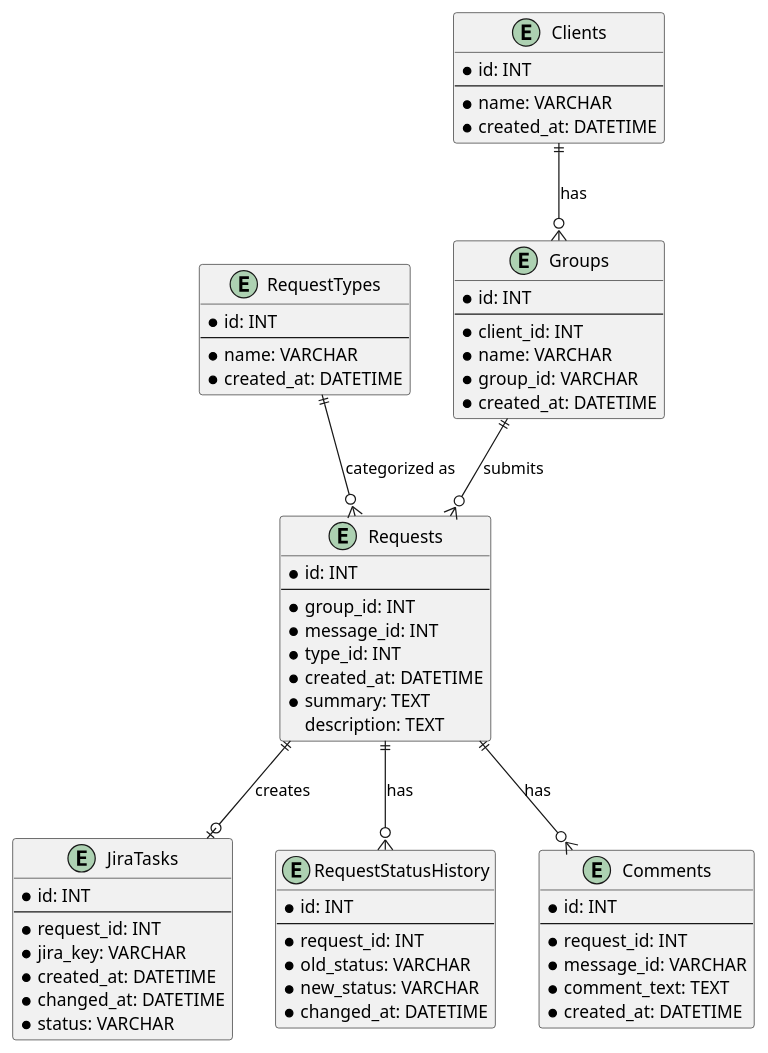
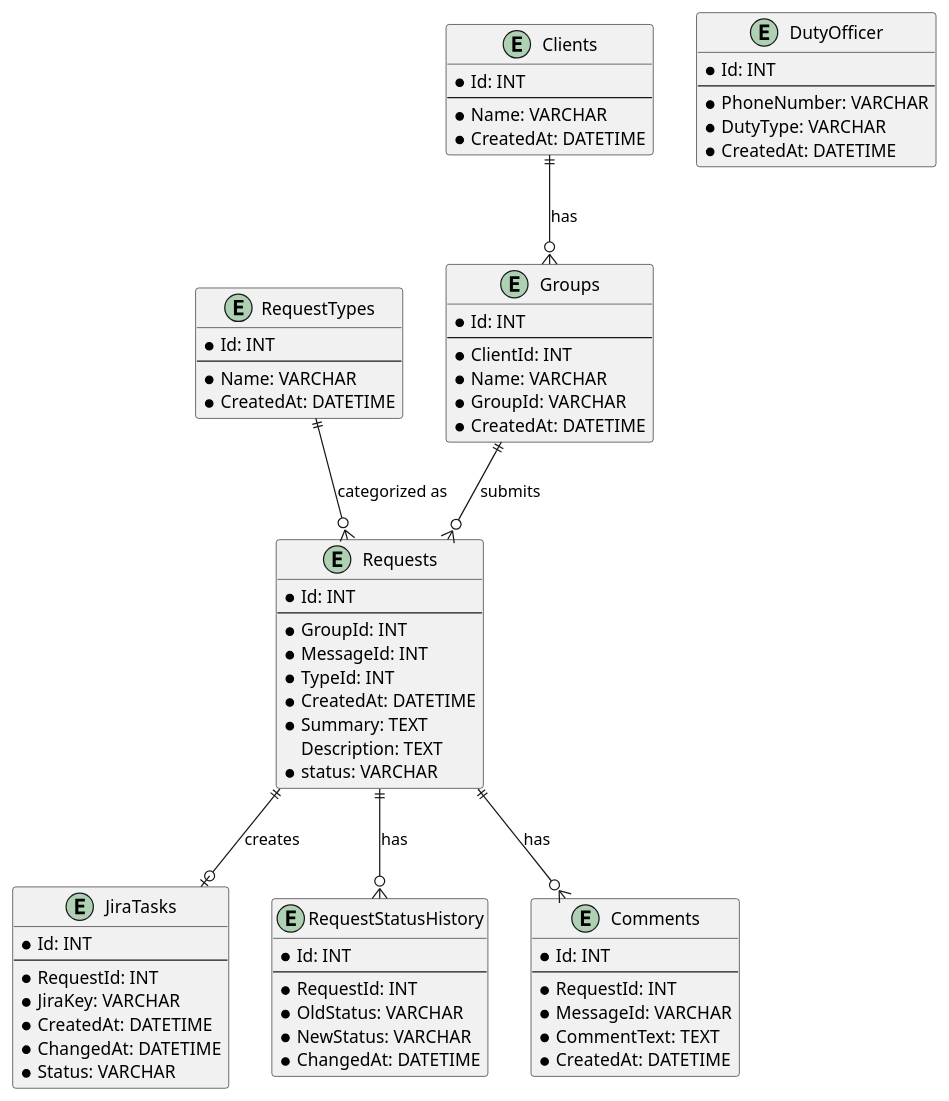
The diagram in Docs/DB.puml (vradaev/TGBotJira), drawn with PlantUML before and after one commit. The commit also changed 9 other files, not shown here.

```diff
--- a/Docs/DB.puml
+++ b/Docs/DB.puml
@@ -1,71 +1,81 @@
 @startuml
 
 
 entity Groups {
-    * id: INT
+    * Id: INT
     --
-    * client_id: INT
-    * name: VARCHAR
-    * group_id: VARCHAR
-    * created_at: DATETIME
+    * ClientId: INT
+    * Name: VARCHAR
+    * GroupId: VARCHAR
+    * CreatedAt: DATETIME
 }
 
 entity Clients {
-    * id: INT
+    * Id: INT
     --
-    * name: VARCHAR
-    * created_at: DATETIME
+    * Name: VARCHAR
+    * CreatedAt: DATETIME
 }
 
 entity RequestTypes {
-    * id: INT
+    * Id: INT
     --
-    * name: VARCHAR
-    * created_at: DATETIME
+    * Name: VARCHAR
+    * CreatedAt: DATETIME
 }
 
 entity Requests {
-    * id: INT
+    * Id: INT
     --
-    * group_id: INT
-    * message_id: INT
-    * type_id: INT
-    * created_at: DATETIME
-    * summary: TEXT
-    description: TEXT
+    * GroupId: INT
+    * MessageId: INT
+    * TypeId: INT
+    * CreatedAt: DATETIME
+    * Summary: TEXT
+    Description: TEXT
+    * status: VARCHAR
 }
 
 entity JiraTasks {
-    * id: INT
+    * Id: INT
     --
-    * request_id: INT
-    * jira_key: VARCHAR
-    * created_at: DATETIME
-    * changed_at: DATETIME
-    * status: VARCHAR
+    * RequestId: INT
+    * JiraKey: VARCHAR
+    * CreatedAt: DATETIME
+    * ChangedAt: DATETIME
+    * Status: VARCHAR
 }
 
 entity RequestStatusHistory {
-    * id: INT
+    * Id: INT
     --
-    * request_id: INT
-    * old_status: VARCHAR
-    * new_status: VARCHAR
-    * changed_at: DATETIME
+    * RequestId: INT
+    * OldStatus: VARCHAR
+    * NewStatus: VARCHAR
+    * ChangedAt: DATETIME
 }
 entity Comments {
-    * id: INT
+    * Id: INT
     --
-    * request_id: INT
-    * message_id: VARCHAR
-    * comment_text: TEXT
-    * created_at: DATETIME
+    * RequestId: INT
+    * MessageId: VARCHAR
+    * CommentText: TEXT
+    * CreatedAt: DATETIME
 }
+entity DutyOfficer {
+    * Id: INT
+    --
+    * PhoneNumber: VARCHAR
+    * DutyType: VARCHAR
+    * CreatedAt: DATETIME
+}
+
+
 Groups ||--o{ Requests : "submits"
 Clients ||--o{ Groups : "has"
 RequestTypes ||--o{ Requests : "categorized as"
 Requests ||--o| JiraTasks : "creates"
 Requests ||--o{ RequestStatusHistory : "has"
 Requests ||--o{ Comments : "has"
 
 @enduml
```
